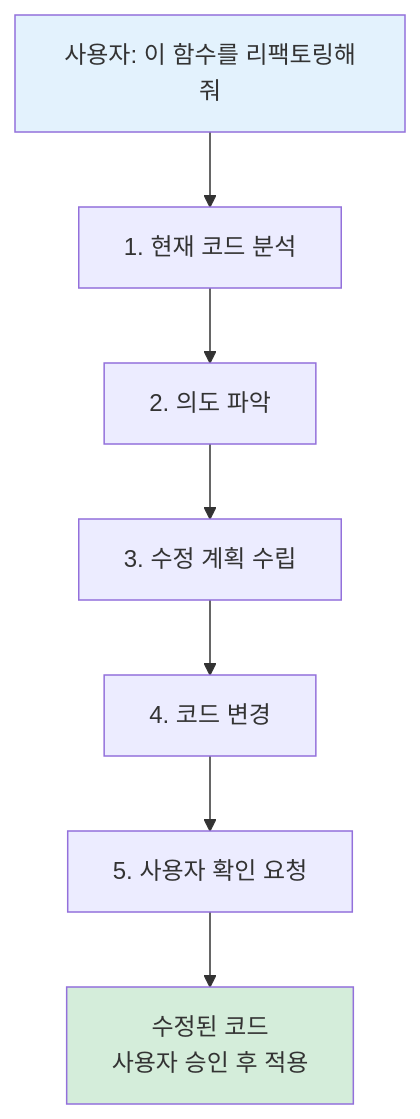
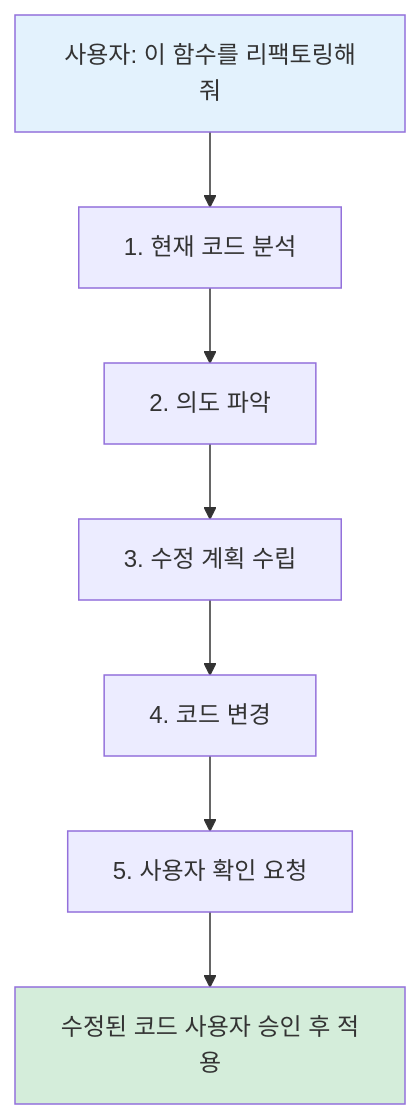
The second of 2 diagrams in 02-literacy/25-agentic.md (Kanghyeop/pages-book-agent101), drawn with Mermaid before and after one commit. The commit also changed 48 other files, not shown here.

First line of the commit message:
fix: Mermaid 렌더링 + SVG 경로 수정

````diff
--- a/02-literacy/25-agentic.md
+++ b/02-literacy/25-agentic.md
@@ -134,12 +134,12 @@
 ```mermaid
 flowchart TB
     A[사용자: 이 함수를 리팩토링해줘] --> B[1. 현재 코드 분석]
     B --> C[2. 의도 파악]
     C --> D[3. 수정 계획 수립]
     D --> E[4. 코드 변경]
     E --> F[5. 사용자 확인 요청]
-    F --> G["수정된 코드<br/>사용자 승인 후 적용"]
+    F --> G["수정된 코드 사용자 승인 후 적용"]
 
     style A fill:#E3F2FD
     style G fill:#D4EDDA
 ```
````
